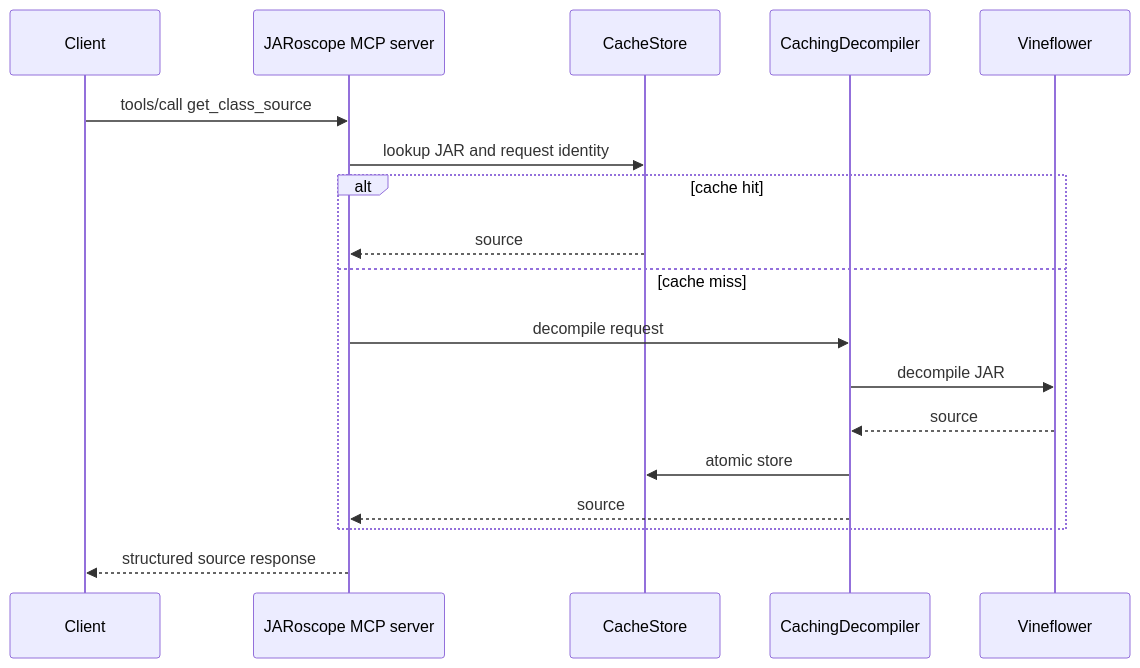
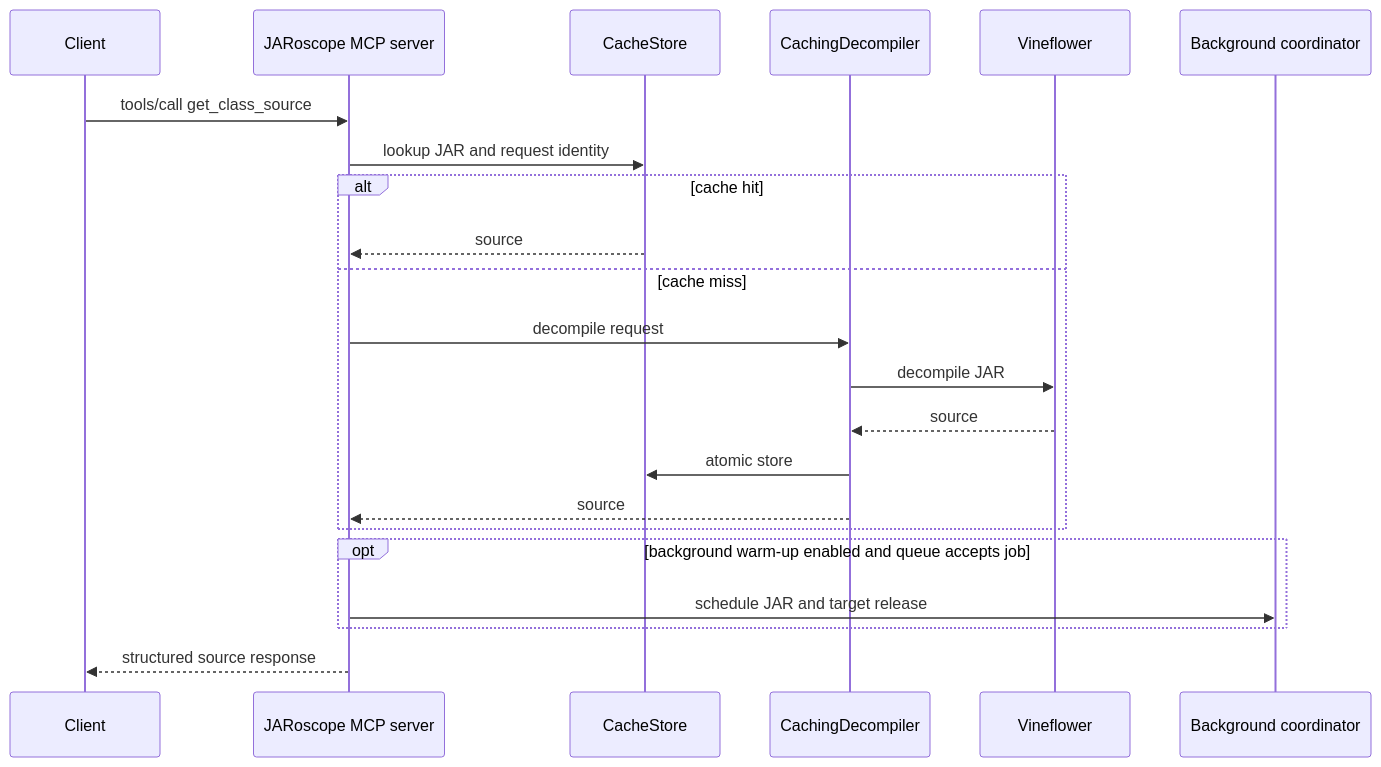
One commit to Kait0u/jaroscope changed the diagram in docs/tools/get-class-source.md. Above: the diagram before and after it, drawn with Mermaid. The commit also changed other lines of this file and 14 other files, not shown here.

Commit message:
Warm the decompilation cache in the background.

````diff
--- a/docs/tools/get-class-source.md
+++ b/docs/tools/get-class-source.md
@@ -32,20 +35,24 @@
 ```mermaid
 sequenceDiagram
     participant Client
     participant MCP as JARoscope MCP server
     participant Cache as CacheStore
     participant Decompiler as CachingDecompiler
     participant VF as Vineflower
+    participant Queue as Background coordinator
     Client->>MCP: tools/call get_class_source
     MCP->>Cache: lookup JAR and request identity
     alt cache hit
         Cache-->>MCP: source
     else cache miss
         MCP->>Decompiler: decompile request
         Decompiler->>VF: decompile JAR
         VF-->>Decompiler: source
         Decompiler->>Cache: atomic store
         Decompiler-->>MCP: source
     end
+    opt background warm-up enabled and queue accepts job
+        MCP->>Queue: schedule JAR and target release
+    end
     MCP-->>Client: structured source response
 ```
````
